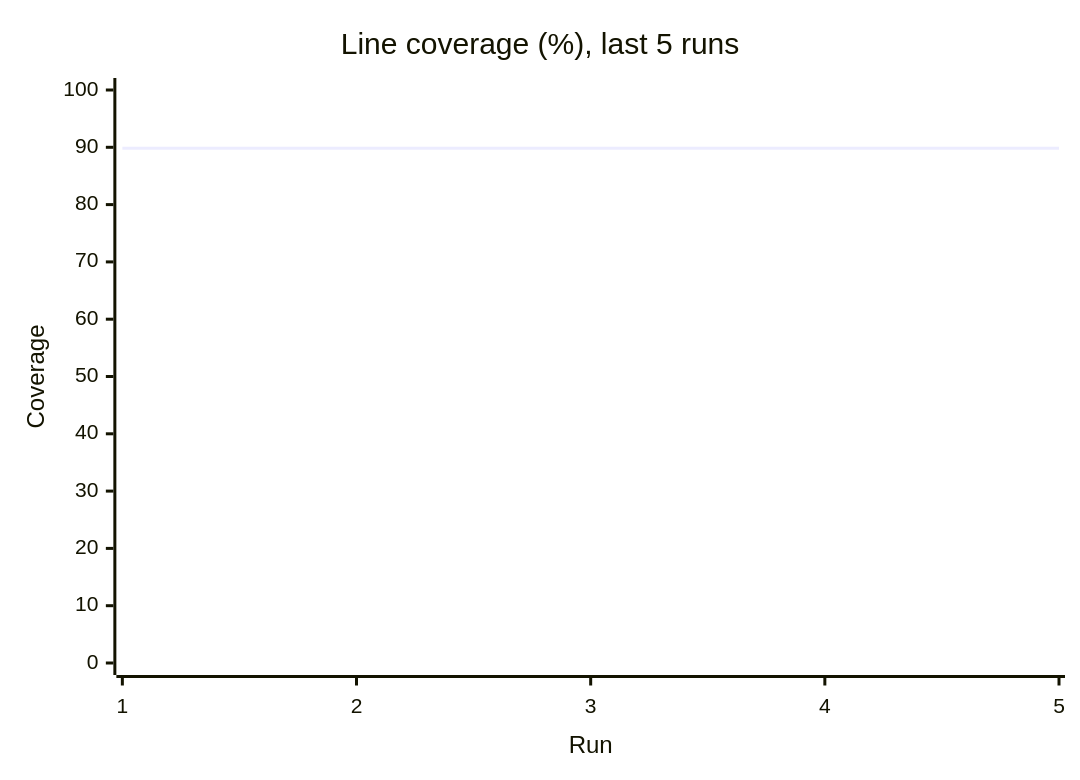
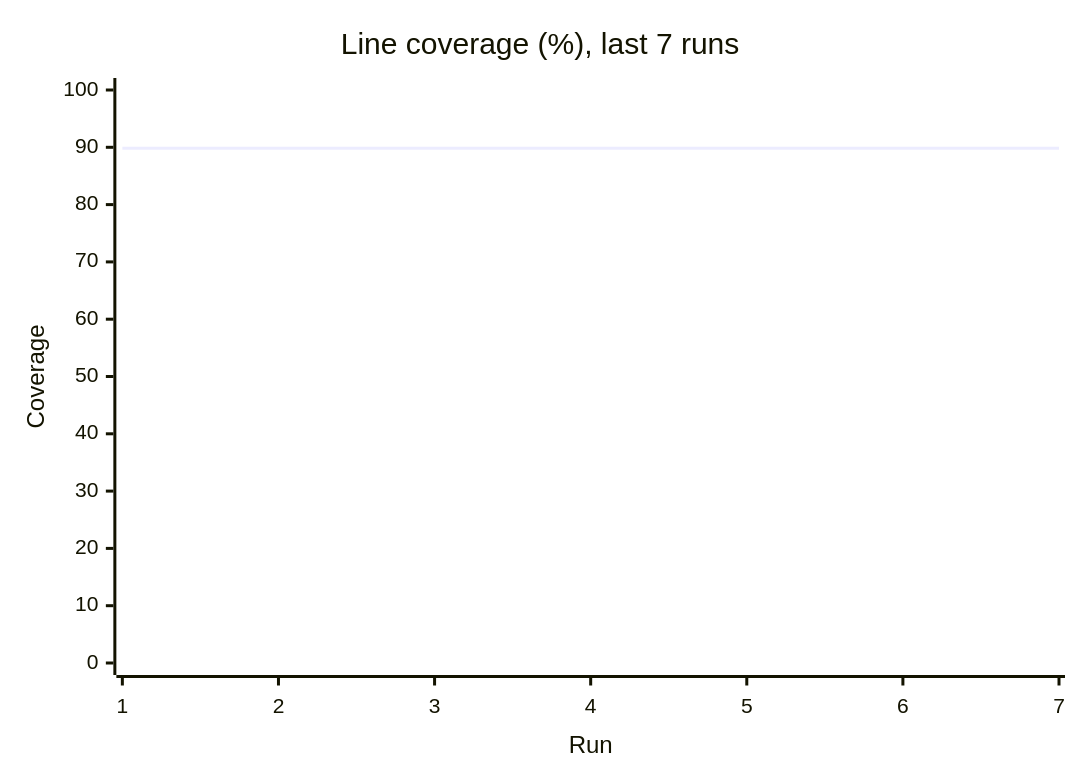
Before and after one commit to Shirojoufu/DORA-Metrics: the third of 3 diagrams in reports/summary.md, drawn with Mermaid. The commit also changed other lines of this file and 5 other files, not shown here.

````diff
--- a/reports/summary.md
+++ b/reports/summary.md
@@ -33,7 +33,7 @@
 ```mermaid
 xychart-beta
-    title "Line coverage (%), last 5 runs"
-    x-axis "Run" [1, 2, 3, 4, 5]
+    title "Line coverage (%), last 7 runs"
+    x-axis "Run" [1, 2, 3, 4, 5, 6, 7]
     y-axis "Coverage" 0 --> 100
-    line [89.82, 89.82, 89.82, 89.82, 89.82]
+    line [89.82, 89.82, 89.82, 89.82, 89.82, 89.82, 89.82]
 ```
````
